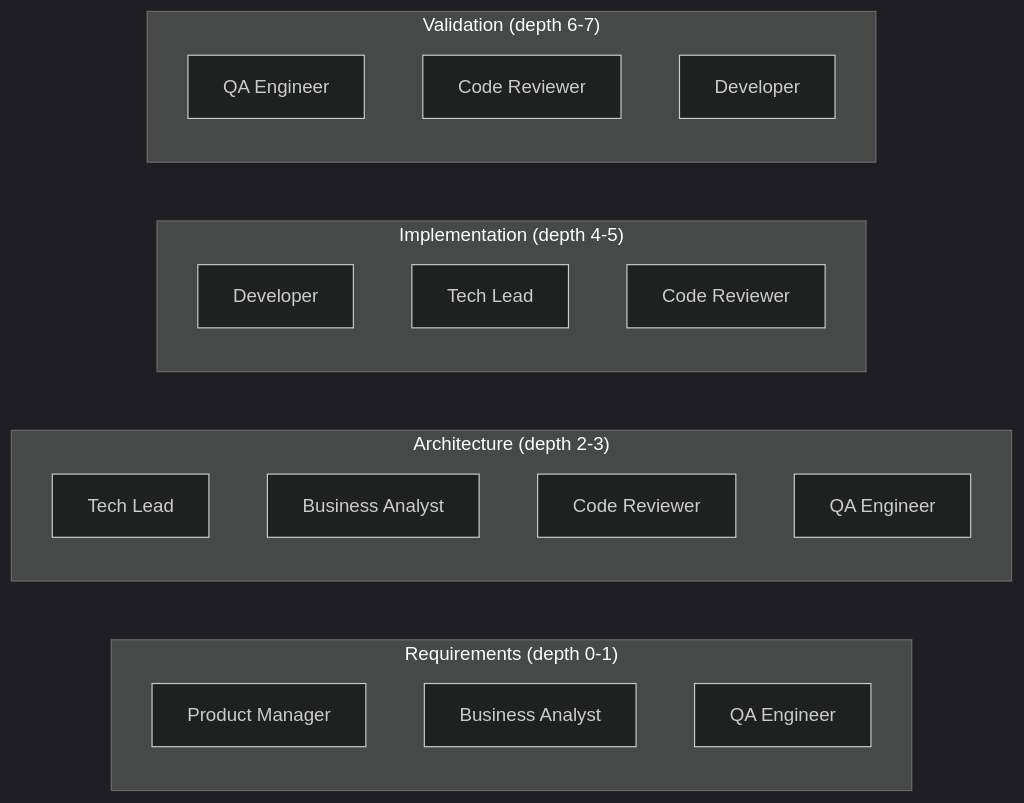
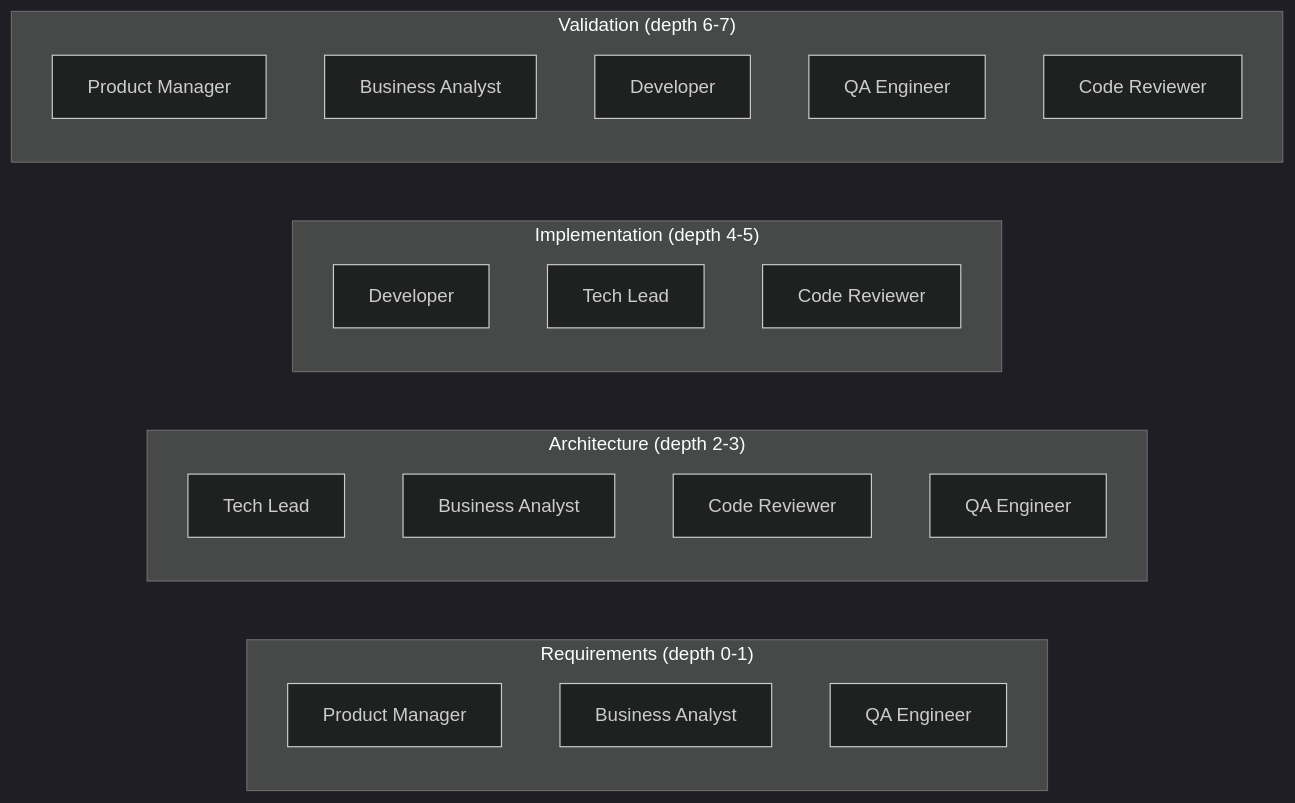
Before and after one commit to edward-sia/cto: the fifth of 6 diagrams in docs/architecture.md, drawn with Mermaid (dark theme). The commit also changed other lines of this file and 11 other files, not shown here.

````diff
--- a/docs/architecture.md
+++ b/docs/architecture.md
@@ -187,24 +189,26 @@
 ```mermaid
 graph LR
     subgraph requirements["Requirements (depth 0-1)"]
         PM[Product Manager]
         BA1[Business Analyst]
         QA1[QA Engineer]
     end
     subgraph architecture["Architecture (depth 2-3)"]
         TL[Tech Lead]
         BA2[Business Analyst]
         CR1[Code Reviewer]
         QA2[QA Engineer]
     end
     subgraph implementation["Implementation (depth 4-5)"]
         DEV[Developer]
         TL2[Tech Lead]
         CR2[Code Reviewer]
     end
     subgraph validation["Validation (depth 6-7)"]
+        PM2[Product Manager]
+        BA3[Business Analyst]
+        DEV2[Developer]
         QA3[QA Engineer]
         CR3[Code Reviewer]
-        DEV2[Developer]
     end
 ```
````
